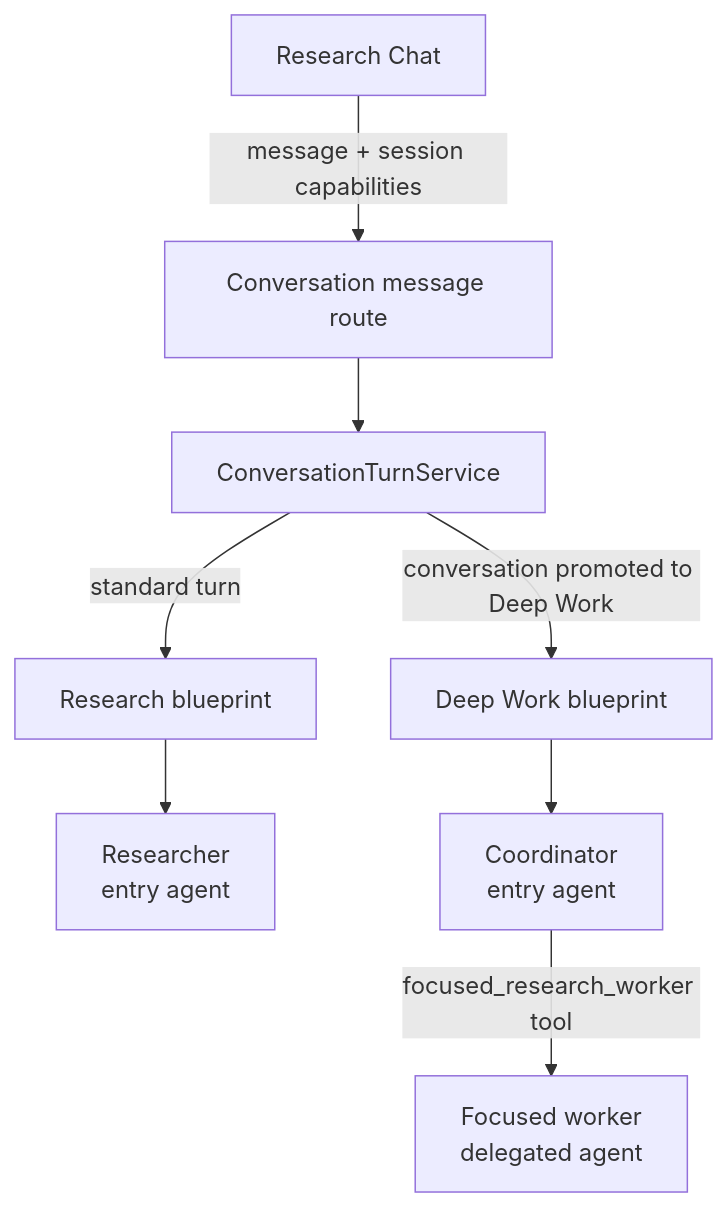
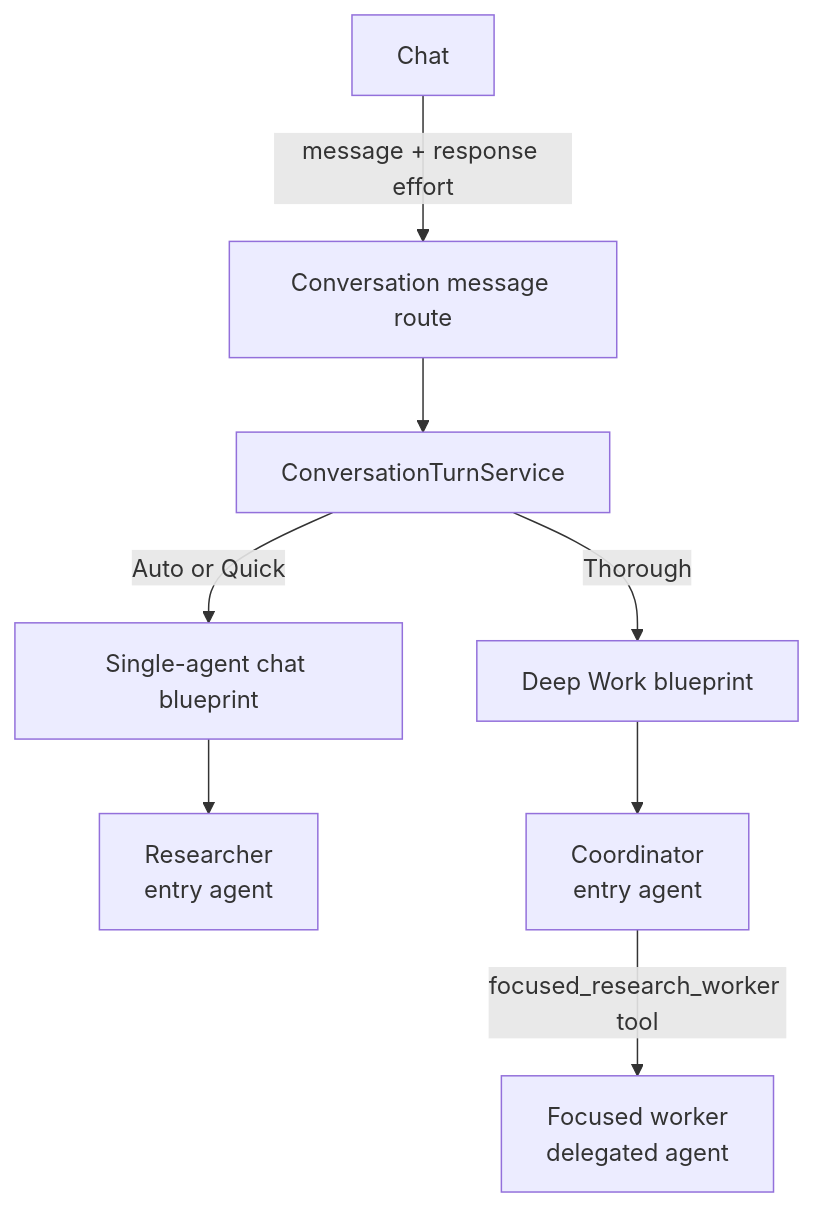
Before and after one commit to giridharmunagala/scholarweave: the third of 16 diagrams in docs/architecture.md, drawn with Mermaid. The commit also changed other lines of this file and 95 other files, not shown here.

First line of the commit message:
Add terminal research cockpit and refine chat workflows

````diff
--- a/docs/architecture.md
+++ b/docs/architecture.md
@@ -107,12 +159,12 @@
 ```mermaid
 flowchart TD
-    ResearchUI[Research Chat] -->|message + session capabilities| ResearchRoute[Conversation message route]
+    ResearchUI[Chat] -->|message + response effort| ResearchRoute[Conversation message route]
     ResearchRoute --> TurnService[ConversationTurnService]
 
-    TurnService -->|standard turn| ResearchFlow[Research blueprint]
-    TurnService -->|conversation promoted to Deep Work| DeepFlow[Deep Work blueprint]
+    TurnService -->|Auto or Quick| ResearchFlow[Single-agent chat blueprint]
+    TurnService -->|Thorough| DeepFlow[Deep Work blueprint]
 
     ResearchFlow --> Researcher[Researcher<br/>entry agent]
     DeepFlow --> Coordinator[Coordinator<br/>entry agent]
     Coordinator -->|focused_research_worker tool| Worker[Focused worker<br/>delegated agent]
 ```
````
